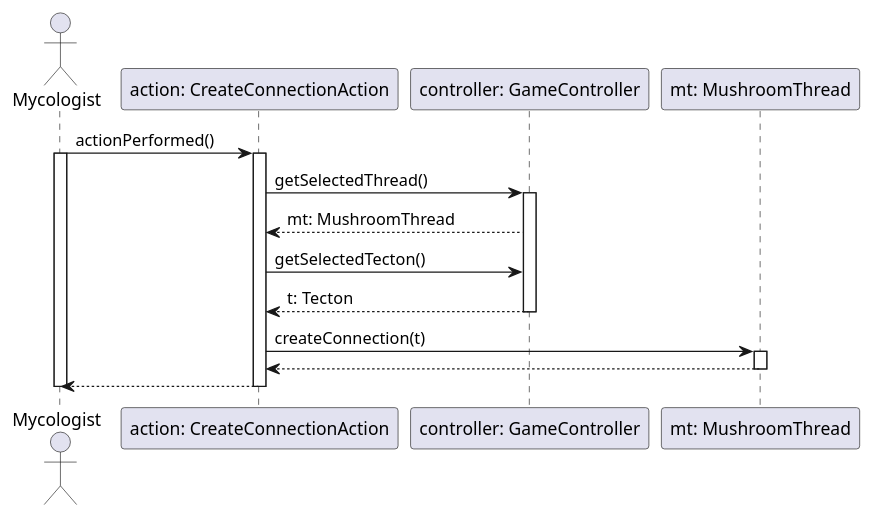
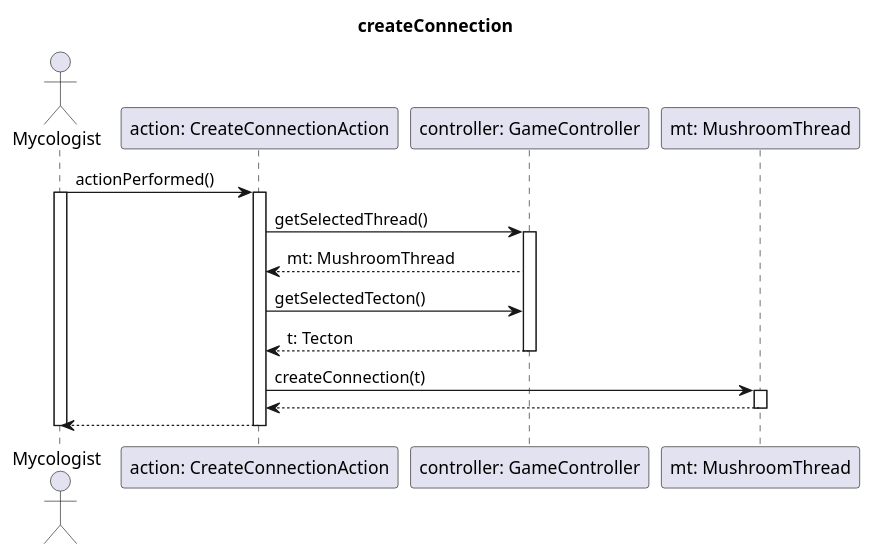
The diagram in diagrams/mvc-sequence/createConnection.puml (dzsem/projlab), drawn with PlantUML before and after one commit. The commit also changed 1 other file, not shown here.

```diff
--- a/diagrams/mvc-sequence/createConnection.puml
+++ b/diagrams/mvc-sequence/createConnection.puml
@@ -1,31 +1,32 @@
 @startuml createConnectionMVC
 
+title createConnection
 actor "Mycologist" as mc
 participant "action: CreateConnectionAction" as act
 participant "controller: GameController" as ctr
 participant "mt: MushroomThread" as mt
 
 mc -> act: actionPerformed()
 activate mc
 
 activate act
 
 act -> ctr: getSelectedThread()
 activate ctr
 act <-- ctr: mt: MushroomThread
 act -> ctr:  getSelectedTecton()
 act <-- ctr: t: Tecton
 deactivate ctr
 
 act -> mt: createConnection(t)
 activate mt
 
 act <-- mt
 deactivate mt
 
 mc <-- act
 deactivate act
 
 deactivate mc
 
 @enduml
```
